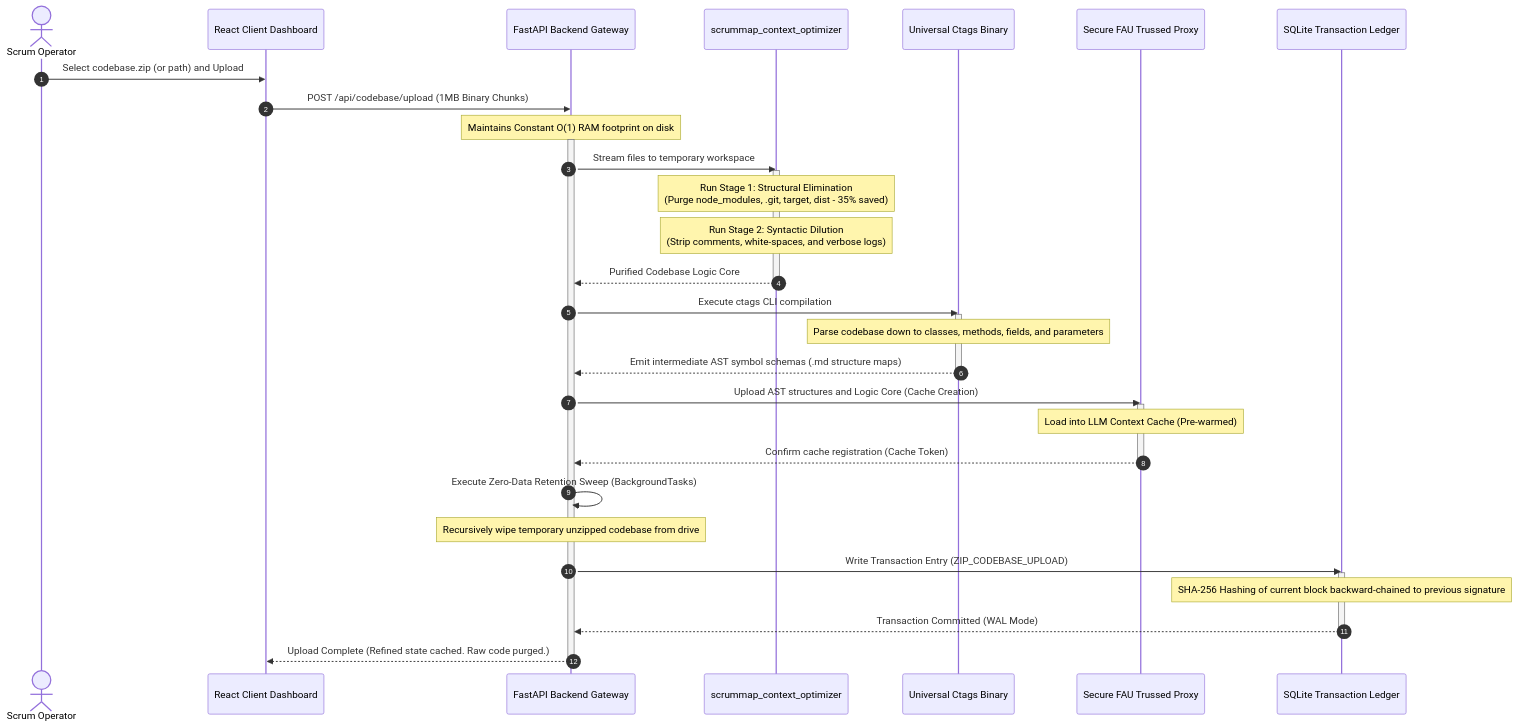
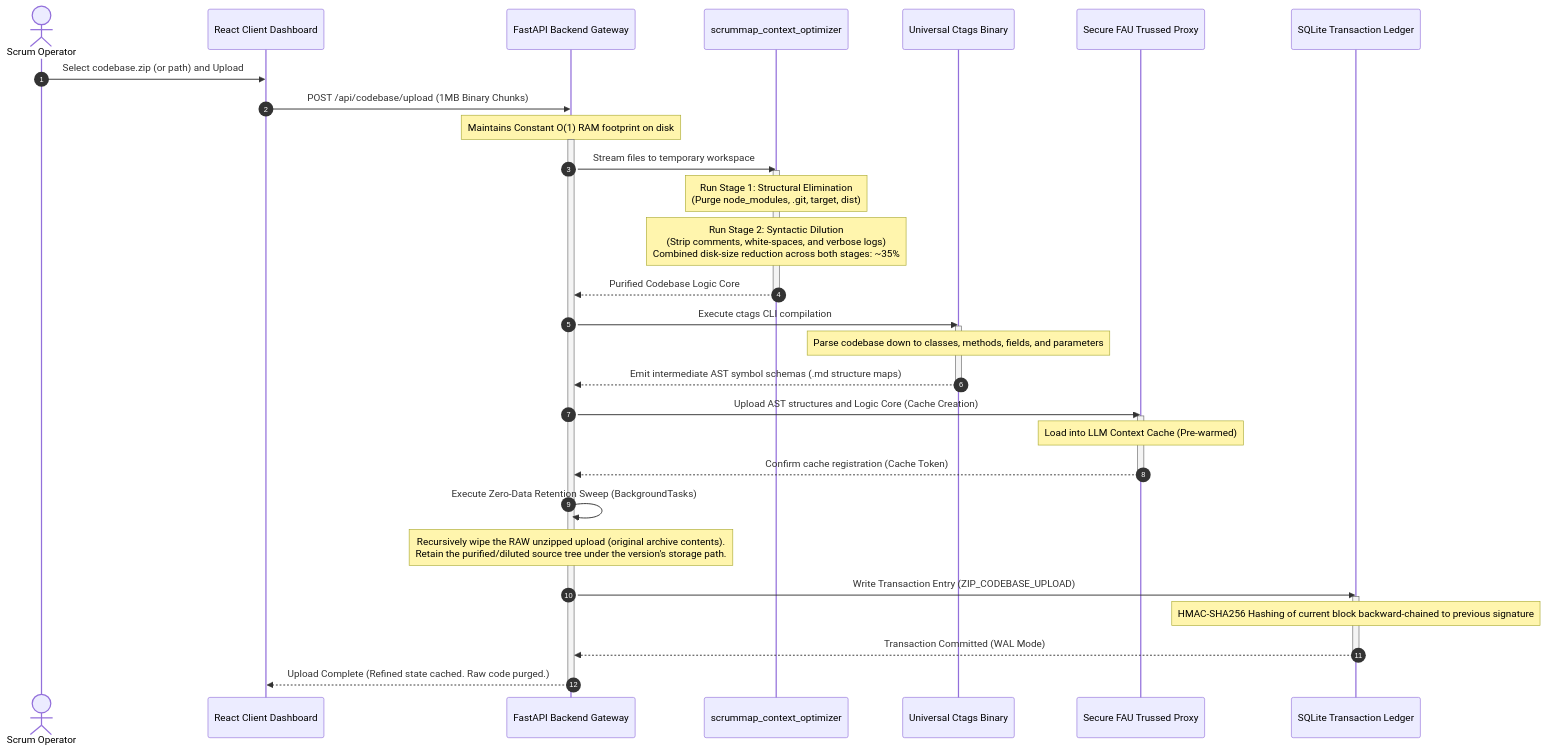
One commit to osicp/AI-Assisted_Software_Documentation_Framework changed the second of 5 diagrams in DESIGN.md. Above: the diagram before and after it, drawn with Mermaid. The commit also changed other lines of this file and 4 other files, not shown here.

````diff
--- a/DESIGN.md
+++ b/DESIGN.md
@@ -110,47 +110,47 @@
 ```mermaid
 sequenceDiagram
     autonumber
     actor User as Scrum Operator
     participant UI as React Client Dashboard
     participant API as FastAPI Backend Gateway
     participant FS as scrummap_context_optimizer
     participant Ctags as Universal Ctags Binary
     participant Proxy as Secure FAU Trussed Proxy
     participant DB as SQLite Transaction Ledger
 
     User->>UI: Select codebase.zip (or path) and Upload
     UI->>API: POST /api/codebase/upload (1MB Binary Chunks)
     Note over API: Maintains Constant O(1) RAM footprint on disk
     
     activate API
     API->>FS: Stream files to temporary workspace
     activate FS
-    Note over FS: Run Stage 1: Structural Elimination<br>(Purge node_modules, .git, target, dist - 35% saved)
-    Note over FS: Run Stage 2: Syntactic Dilution<br>(Strip comments, white-spaces, and verbose logs)
+    Note over FS: Run Stage 1: Structural Elimination<br>(Purge node_modules, .git, target, dist)
+    Note over FS: Run Stage 2: Syntactic Dilution<br>(Strip comments, white-spaces, and verbose logs)<br>Combined disk-size reduction across both stages: ~35%
     FS-->>API: Purified Codebase Logic Core
     deactivate FS
 
     API->>Ctags: Execute ctags CLI compilation
     activate Ctags
     Note over Ctags: Parse codebase down to classes, methods, fields, and parameters
     Ctags-->>API: Emit intermediate AST symbol schemas (.md structure maps)
     deactivate Ctags
 
     API->>Proxy: Upload AST structures and Logic Core (Cache Creation)
     activate Proxy
     Note over Proxy: Load into LLM Context Cache (Pre-warmed)
     Proxy-->>API: Confirm cache registration (Cache Token)
     deactivate Proxy
 
     API->>API: Execute Zero-Data Retention Sweep (BackgroundTasks)
-    Note over API: Recursively wipe temporary unzipped codebase from drive
+    Note over API: Recursively wipe the RAW unzipped upload (original archive contents).<br>Retain the purified/diluted source tree under the version's storage path.
     
     API->>DB: Write Transaction Entry (ZIP_CODEBASE_UPLOAD)
     activate DB
-    Note over DB: SHA-256 Hashing of current block backward-chained to previous signature
+    Note over DB: HMAC-SHA256 Hashing of current block backward-chained to previous signature
     DB-->>API: Transaction Committed (WAL Mode)
     deactivate DB
 
     API-->>UI: Upload Complete (Refined state cached. Raw code purged.)
     deactivate API
 ```
````
